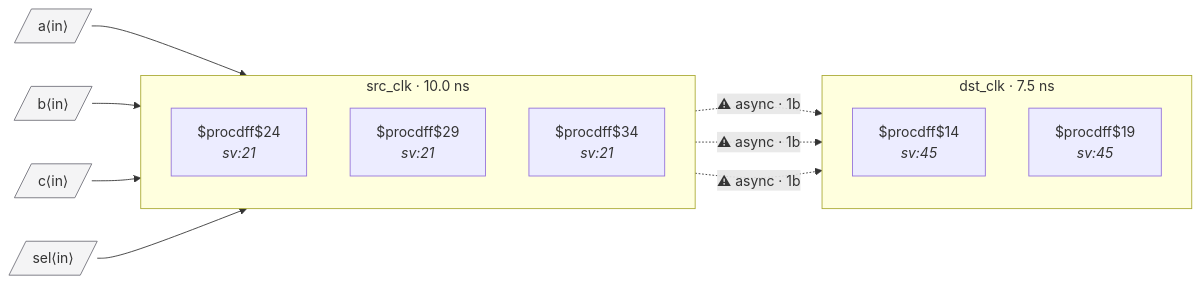
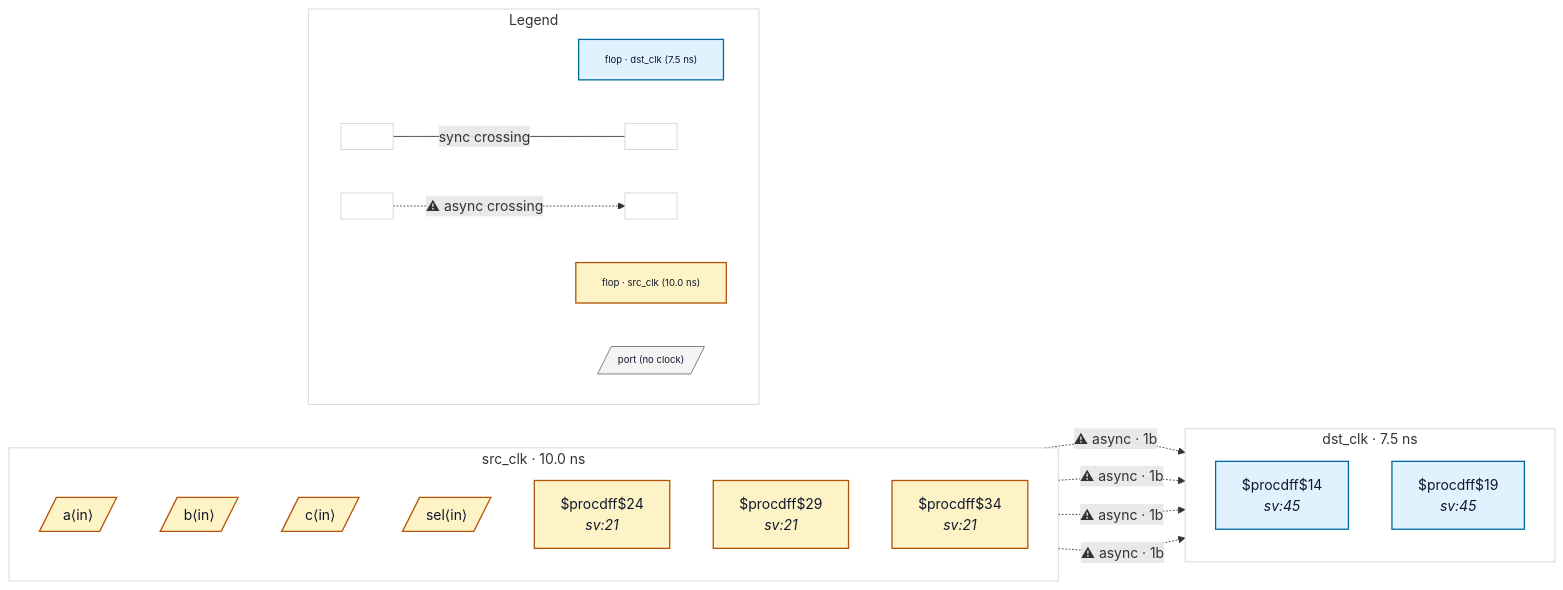
One commit to rtl-buddy/rtl-buddy-cdc changed the diagram in tests/fixtures/bad_comb_case_before_sync/README.md. Above: the diagram before and after it, drawn with Mermaid. The commit also changed 71 other files, not shown here.

First line of the commit message:
Refresh fixture READMEs + render iterations (colors, legend, nested ports, clock-net edges)

````diff
--- a/tests/fixtures/bad_comb_case_before_sync/README.md
+++ b/tests/fixtures/bad_comb_case_before_sync/README.md
@@ -14,27 +14,49 @@
 ```mermaid
 %% bad_comb_case_before_sync — generated by rtl-buddy-cdc render
 flowchart LR
   subgraph clk_dst_clk["dst_clk · 7.5 ns"]
     direction TB
-    f_ef470eaa["$procdff$14<br/><i>sv:45</i>"]
-    f_cf7a8a3b["$procdff$19<br/><i>sv:45</i>"]
+    f_ef470eaa["$procdff$14<br/><i>sv:45</i>"]:::ckcls_dst_clk
+    f_cf7a8a3b["$procdff$19<br/><i>sv:45</i>"]:::ckcls_dst_clk
   end
   subgraph clk_src_clk["src_clk · 10.0 ns"]
     direction TB
-    f_19be093e["$procdff$24<br/><i>sv:21</i>"]
-    f_9ee68cdd["$procdff$29<br/><i>sv:21</i>"]
-    f_0ebcf002["$procdff$34<br/><i>sv:21</i>"]
+    p_in_a[/"a⟨in⟩"/]:::ckcls_src_clk
+    p_in_b[/"b⟨in⟩"/]:::ckcls_src_clk
+    p_in_c[/"c⟨in⟩"/]:::ckcls_src_clk
+    p_in_sel[/"sel⟨in⟩"/]:::ckcls_src_clk
+    f_19be093e["$procdff$24<br/><i>sv:21</i>"]:::ckcls_src_clk
+    f_9ee68cdd["$procdff$29<br/><i>sv:21</i>"]:::ckcls_src_clk
+    f_0ebcf002["$procdff$34<br/><i>sv:21</i>"]:::ckcls_src_clk
   end
-  p_in_a[/"a⟨in⟩"/]:::port
-  p_in_b[/"b⟨in⟩"/]:::port
-  p_in_c[/"c⟨in⟩"/]:::port
-  p_in_sel[/"sel⟨in⟩"/]:::port
-  p_in_a --> f_19be093e
-  p_in_b --> f_19be093e
-  p_in_c --> f_19be093e
-  p_in_sel --> f_19be093e
+  p_in_sel -. "⚠ async · 1b" .-> f_ef470eaa
   f_19be093e -. "⚠ async · 1b" .-> f_ef470eaa
   f_9ee68cdd -. "⚠ async · 1b" .-> f_ef470eaa
   f_0ebcf002 -. "⚠ async · 1b" .-> f_ef470eaa
-  classDef port fill:#f4f4f5,stroke:#71717a
+  subgraph rb_legend["Legend"]
+    direction LR
+    lg_clk_dst_clk["flop · dst_clk (7.5 ns)"]:::ckcls_dst_clk
+    lg_clk_src_clk["flop · src_clk (10.0 ns)"]:::ckcls_src_clk
+    lg_port[/"port (no clock)"/]:::port_unassigned
+    lg_sync_a[" "]:::ckcls_legend_neutral
+    lg_sync_b[" "]:::ckcls_legend_neutral
+    lg_async_a[" "]:::ckcls_legend_neutral
+    lg_async_b[" "]:::ckcls_legend_neutral
+    lg_sync_a --- |"sync crossing"| lg_sync_b
+    lg_async_a -. "⚠ async crossing" .-> lg_async_b
+  end
+  style clk_dst_clk fill:none,stroke:#cbd5e1
+  style clk_src_clk fill:none,stroke:#cbd5e1
+  style rb_legend fill:none,stroke:#cbd5e1
+  style lg_clk_dst_clk font-size:11px
+  style lg_clk_src_clk font-size:11px
+  style lg_port font-size:11px
+  style lg_sync_a font-size:11px
+  style lg_sync_b font-size:11px
+  style lg_async_a font-size:11px
+  style lg_async_b font-size:11px
+  classDef ckcls_dst_clk fill:#e0f2fe,stroke:#0369a1,stroke-width:1.5px,color:#0f172a
+  classDef ckcls_src_clk fill:#fef3c7,stroke:#b45309,stroke-width:1.5px,color:#0f172a
+  classDef port_unassigned fill:#f4f4f5,stroke:#71717a,color:#0f172a
+  classDef ckcls_legend_neutral fill:#ffffff,stroke:#cbd5e1,stroke-width:1px,color:#0f172a
 ```
````
